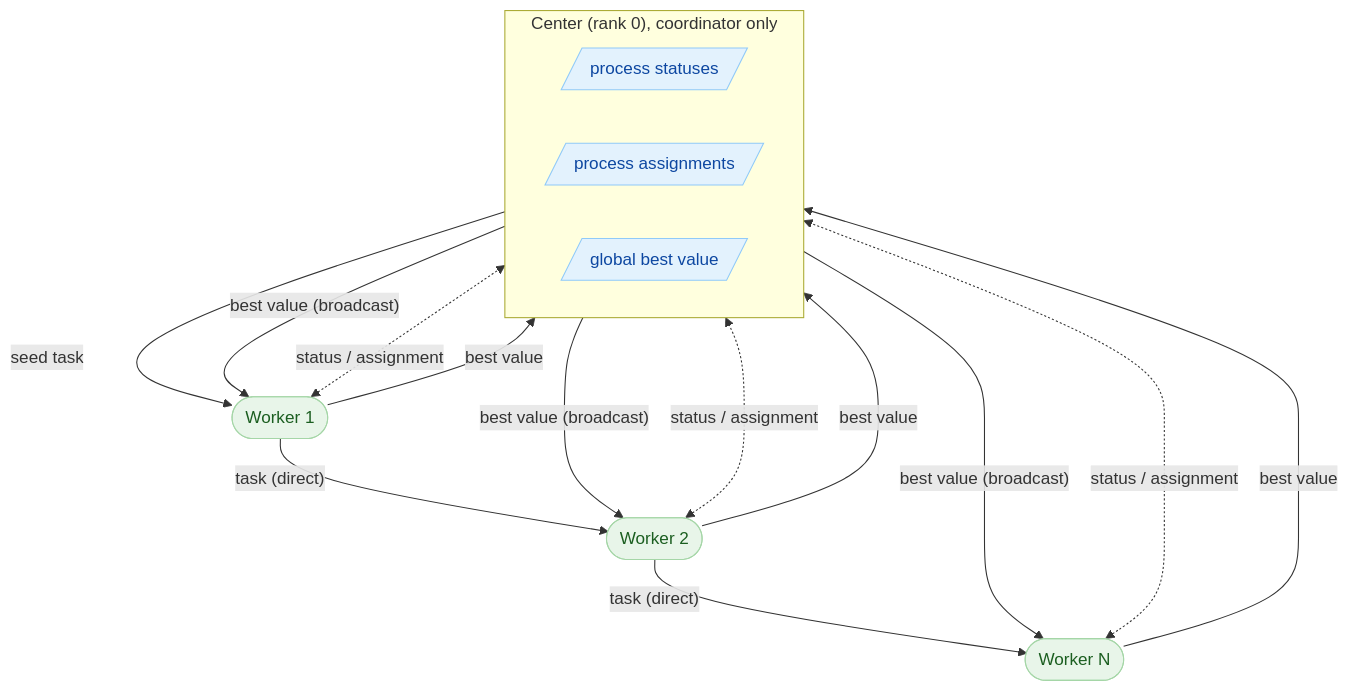
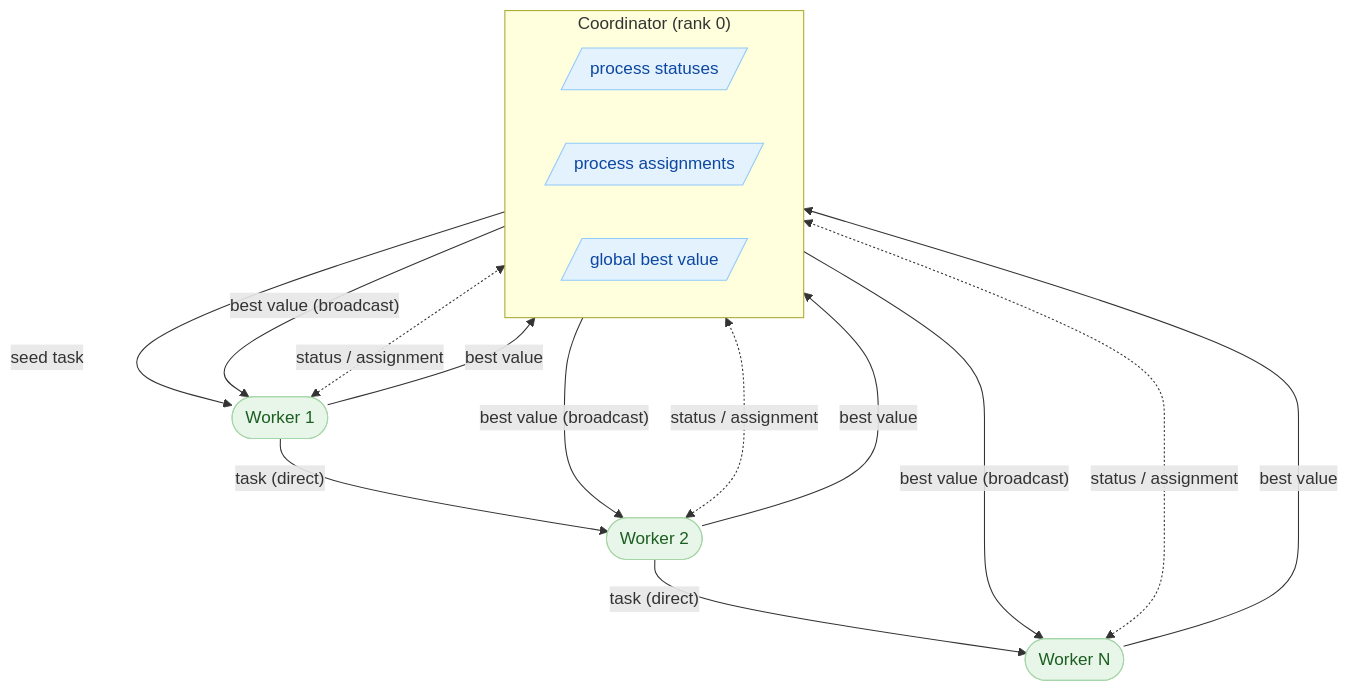
One commit to rapastranac/gempba-docs changed the first of 4 diagrams in docs/scheduler-topologies.md. Above: the diagram before and after it, drawn with Mermaid. The commit also changed other lines of this file and 12 other files, not shown here.

````diff
--- a/docs/scheduler-topologies.md
+++ b/docs/scheduler-topologies.md
@@ -44,30 +44,30 @@
 ```mermaid
 flowchart TB
-    subgraph CENTER["Center (rank 0), coordinator only"]
+    subgraph CENTER["Coordinator (rank 0)"]
         direction LR
         PS[/"process statuses"/]:::state
         PA[/"process assignments"/]:::state
         GBV[/"global best value"/]:::state
     end
 
     W1(["Worker 1"]):::worker
     W2(["Worker 2"]):::worker
     WN(["Worker N"]):::worker
 
     CENTER -->|"seed task"| W1
 
     W1 <-.->|"status / assignment"| CENTER
     W2 <-.->|"status / assignment"| CENTER
     WN <-.->|"status / assignment"| CENTER
 
     W1 -->|"task (direct)"| W2
     W2 -->|"task (direct)"| WN
 
     W1 & W2 & WN -->|"best value"| CENTER
     CENTER -->|"best value (broadcast)"| W1
     CENTER -->|"best value (broadcast)"| W2
     CENTER -->|"best value (broadcast)"| WN
 
     classDef state  fill:#e3f2fd,color:#0d47a1,stroke:#90caf9
     classDef worker fill:#e8f5e9,color:#1b5e20,stroke:#a5d6a7
 ```
````
